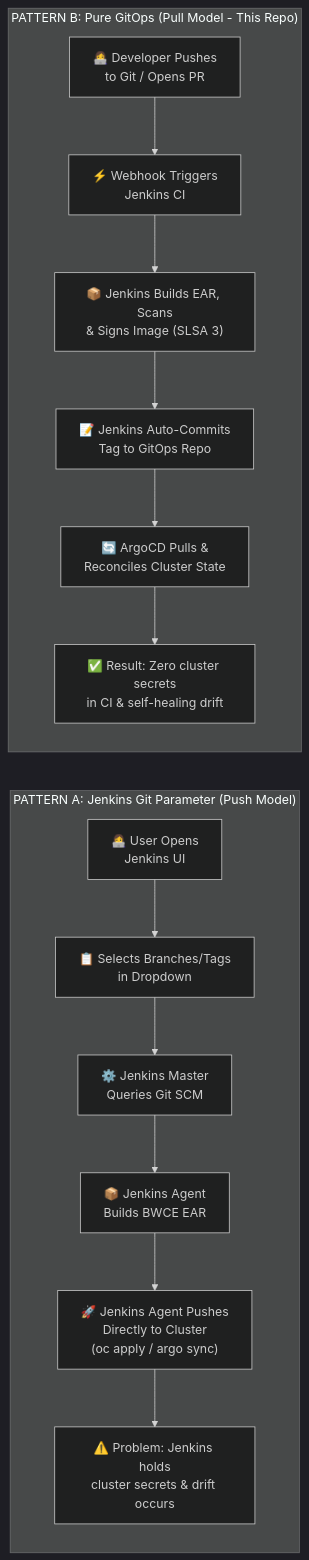
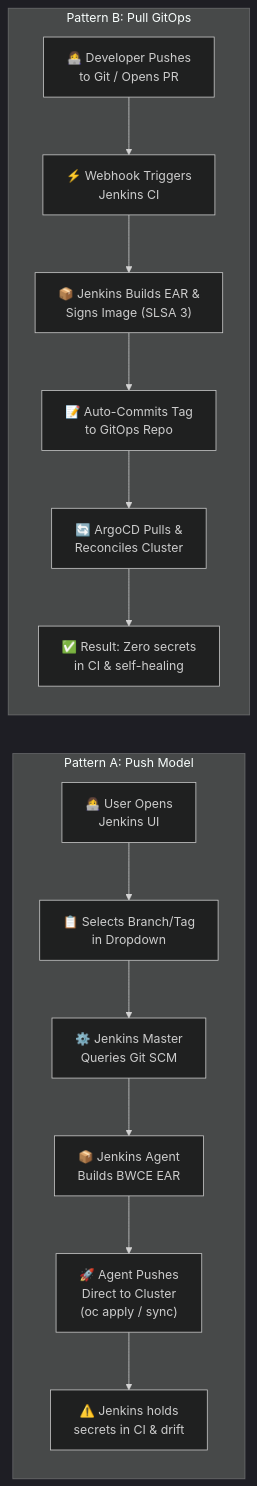
One commit to nubenetes/jenkins-without-git-parameter-bwce changed the ninth of 15 diagrams in README.md. Above: the diagram before and after it, drawn with Mermaid (dark theme). The commit also changed other lines of this file, not shown here.

Commit message:
fix(mermaid): enforce hard 20-char line limit on all diagram nodes to permanently prevent text clipping on GitHub

````diff
--- a/README.md
+++ b/README.md
@@ -668,20 +667,20 @@
 ```mermaid
 flowchart LR
-    subgraph PatternA["PATTERN A: Jenkins Git Parameter (Push Model)"]
+    subgraph PatternA["Pattern A: Push Model"]
         direction TB
-        A1["👩‍💻 User Opens<br/>Jenkins UI"] --> A2["📋 Selects Branches/Tags<br/>in Dropdown"]
+        A1["👩‍💻 User Opens<br/>Jenkins UI"] --> A2["📋 Selects Branch/Tag<br/>in Dropdown"]
         A2 --> A3["⚙️ Jenkins Master<br/>Queries Git SCM"]
         A3 --> A4["📦 Jenkins Agent<br/>Builds BWCE EAR"]
-        A4 --> A5["🚀 Jenkins Agent Pushes<br/>Directly to Cluster<br/>(oc apply / argo sync)"]
-        A5 --> A6["⚠️ Problem: Jenkins holds<br/>cluster secrets & drift occurs"]
+        A4 --> A5["🚀 Agent Pushes<br/>Direct to Cluster<br/>(oc apply / sync)"]
+        A5 --> A6["⚠️ Jenkins holds<br/>secrets in CI & drift"]
     end
 
-    subgraph PatternB["PATTERN B: Pure GitOps (Pull Model - This Repo)"]
+    subgraph PatternB["Pattern B: Pull GitOps"]
         direction TB
         B1["👩‍💻 Developer Pushes<br/>to Git / Opens PR"] --> B2["⚡ Webhook Triggers<br/>Jenkins CI"]
-        B2 --> B3["📦 Jenkins Builds EAR, Scans<br/>& Signs Image (SLSA 3)"]
-        B3 --> B4["📝 Jenkins Auto-Commits<br/>Tag to GitOps Repo"]
-        B4 --> B5["🔄 ArgoCD Pulls &<br/>Reconciles Cluster State"]
-        B5 --> B6["✅ Result: Zero cluster secrets<br/>in CI & self-healing drift"]
+        B2 --> B3["📦 Jenkins Builds EAR &<br/>Signs Image (SLSA 3)"]
+        B3 --> B4["📝 Auto-Commits Tag<br/>to GitOps Repo"]
+        B4 --> B5["🔄 ArgoCD Pulls &<br/>Reconciles Cluster"]
+        B5 --> B6["✅ Result: Zero secrets<br/>in CI & self-healing"]
     end
 ```
````
